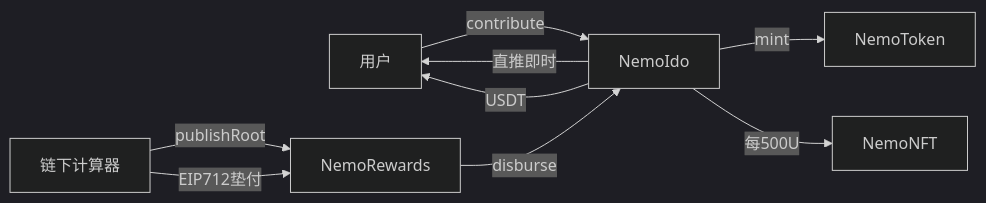
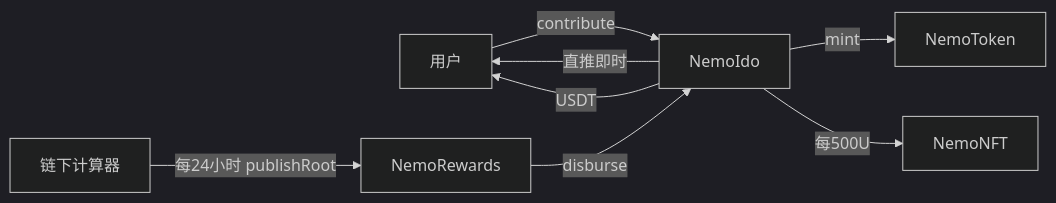
One commit to freedaocrypto/nemoido changed the diagram in README.md. Above: the diagram before and after it, drawn with Mermaid (dark theme). The commit also changed other lines of this file and 44 other files, not shown here.

````diff
--- a/README.md
+++ b/README.md
@@ -13,11 +13,10 @@
 ```mermaid
 flowchart LR
   User[用户] -->|contribute| Vault[NemoIdo]
   Vault -->|直推即时| User
   Vault -->|mint| Token[NemoToken]
   Vault -->|每500U| NFT[NemoNFT]
-  Indexer[链下计算器] -->|publishRoot| Rewards[NemoRewards]
-  Indexer -->|EIP712垫付| Rewards
+  Indexer[链下计算器] -->|每24小时 publishRoot| Rewards[NemoRewards]
   Rewards -->|disburse| Vault
   Vault -->|USDT| User
 ```
````
